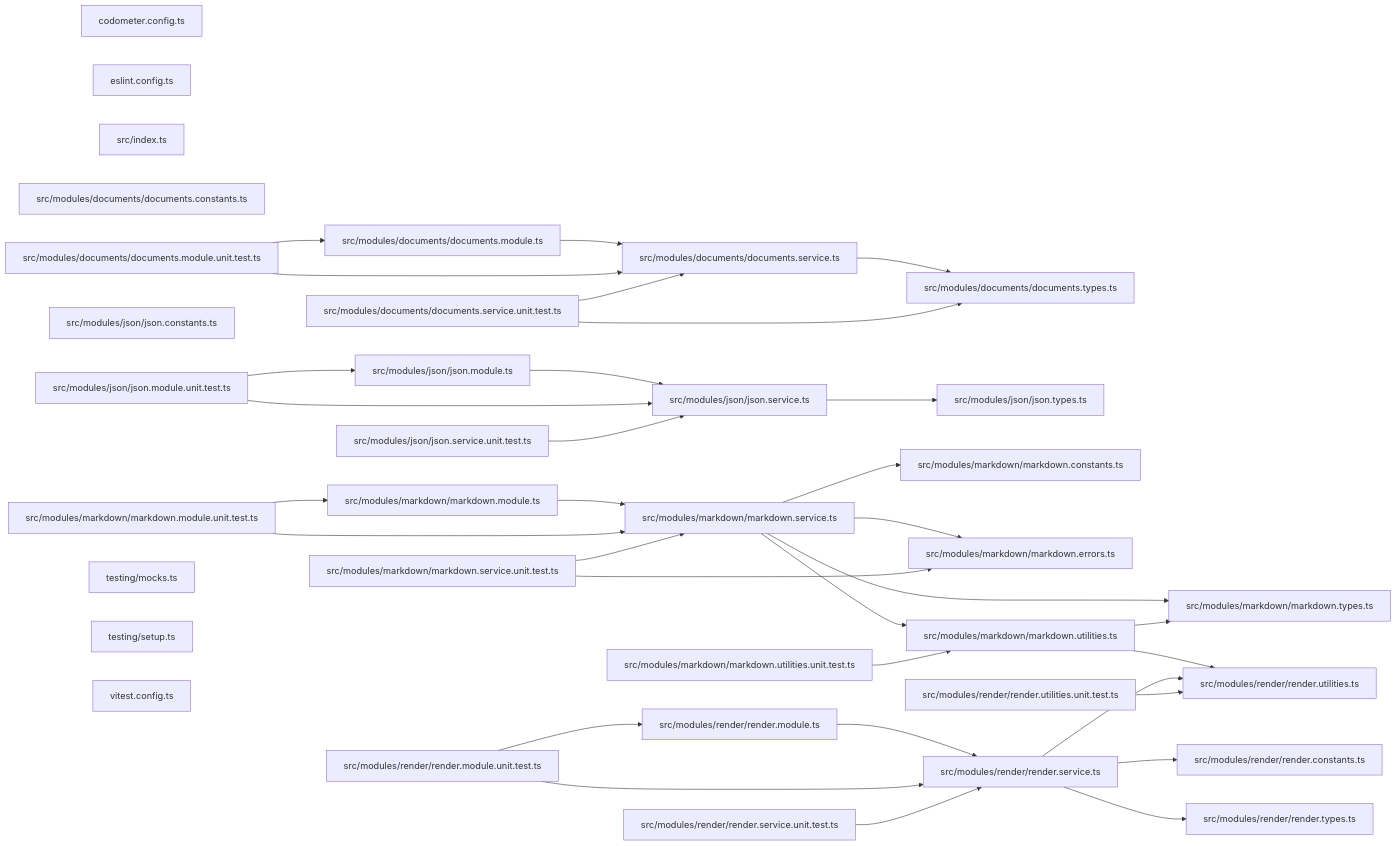
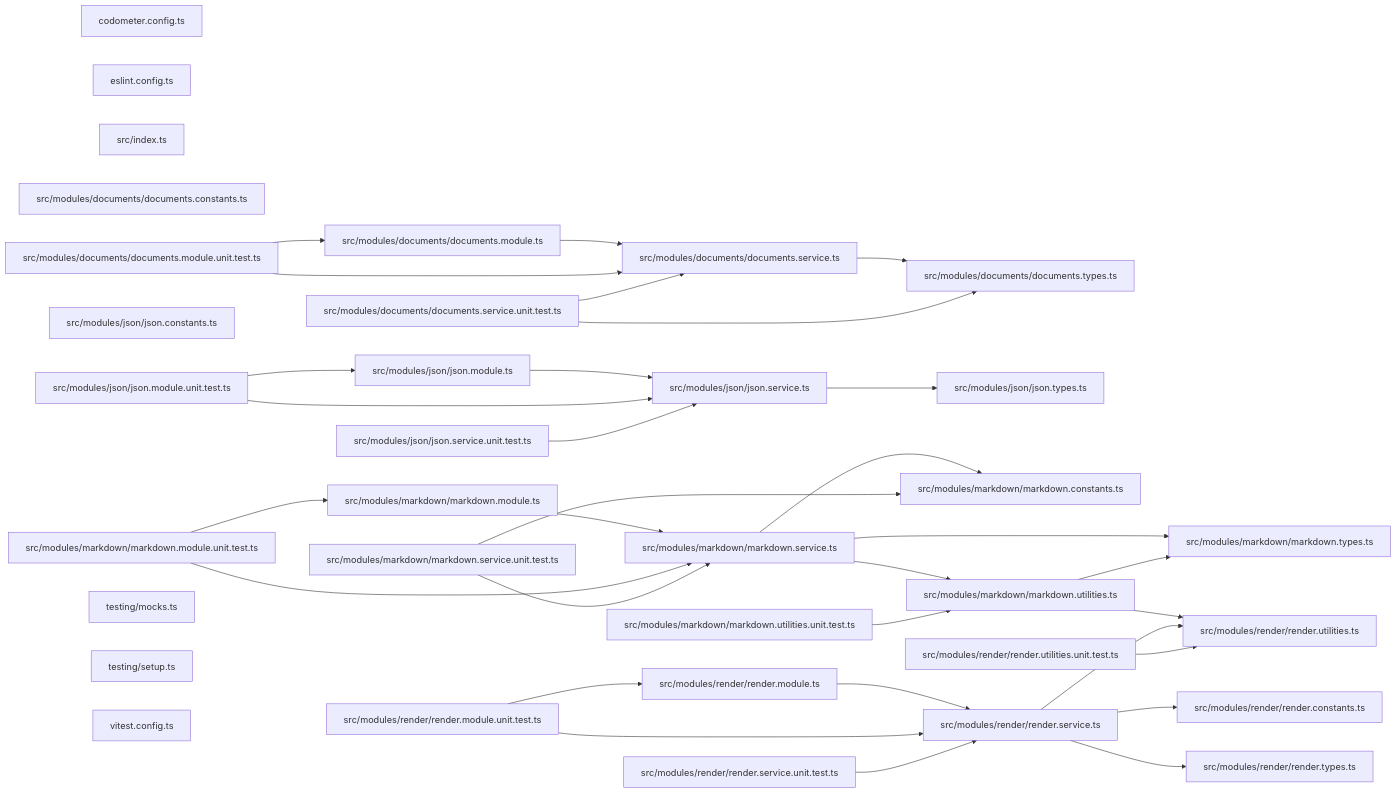
The third of 3 diagrams in packages/codometer-output/README.md (JimmyPaolini/codebase), drawn with Mermaid before and after one commit. The commit also changed other lines of this file and 49 other files, not shown here.

````diff
--- a/packages/codometer-output/README.md
+++ b/packages/codometer-output/README.md
@@ -185,69 +185,67 @@
 ```mermaid
 graph LR
   file_codometer_config_ts["codometer.config.ts"]
   file_eslint_config_ts["eslint.config.ts"]
   file_src_index_ts["src/index.ts"]
   file_src_modules_documents_documents_constants_ts["src/modules/documents/documents.constants.ts"]
   file_src_modules_documents_documents_module_ts["src/modules/documents/documents.module.ts"]
   file_src_modules_documents_documents_module_unit_test_ts["src/modules/documents/documents.module.unit.test.ts"]
   file_src_modules_documents_documents_service_ts["src/modules/documents/documents.service.ts"]
   file_src_modules_documents_documents_service_unit_test_ts["src/modules/documents/documents.service.unit.test.ts"]
   file_src_modules_documents_documents_types_ts["src/modules/documents/documents.types.ts"]
   file_src_modules_json_json_constants_ts["src/modules/json/json.constants.ts"]
   file_src_modules_json_json_module_ts["src/modules/json/json.module.ts"]
   file_src_modules_json_json_module_unit_test_ts["src/modules/json/json.module.unit.test.ts"]
   file_src_modules_json_json_service_ts["src/modules/json/json.service.ts"]
   file_src_modules_json_json_service_unit_test_ts["src/modules/json/json.service.unit.test.ts"]
   file_src_modules_json_json_types_ts["src/modules/json/json.types.ts"]
   file_src_modules_markdown_markdown_constants_ts["src/modules/markdown/markdown.constants.ts"]
-  file_src_modules_markdown_markdown_errors_ts["src/modules/markdown/markdown.errors.ts"]
   file_src_modules_markdown_markdown_module_ts["src/modules/markdown/markdown.module.ts"]
   file_src_modules_markdown_markdown_module_unit_test_ts["src/modules/markdown/markdown.module.unit.test.ts"]
   file_src_modules_markdown_markdown_service_ts["src/modules/markdown/markdown.service.ts"]
   file_src_modules_markdown_markdown_service_unit_test_ts["src/modules/markdown/markdown.service.unit.test.ts"]
   file_src_modules_markdown_markdown_types_ts["src/modules/markdown/markdown.types.ts"]
   file_src_modules_markdown_markdown_utilities_ts["src/modules/markdown/markdown.utilities.ts"]
   file_src_modules_markdown_markdown_utilities_unit_test_ts["src/modules/markdown/markdown.utilities.unit.test.ts"]
   file_src_modules_render_render_constants_ts["src/modules/render/render.constants.ts"]
   file_src_modules_render_render_module_ts["src/modules/render/render.module.ts"]
   file_src_modules_render_render_module_unit_test_ts["src/modules/render/render.module.unit.test.ts"]
   file_src_modules_render_render_service_ts["src/modules/render/render.service.ts"]
   file_src_modules_render_render_service_unit_test_ts["src/modules/render/render.service.unit.test.ts"]
   file_src_modules_render_render_types_ts["src/modules/render/render.types.ts"]
   file_src_modules_render_render_utilities_ts["src/modules/render/render.utilities.ts"]
   file_src_modules_render_render_utilities_unit_test_ts["src/modules/render/render.utilities.unit.test.ts"]
   file_testing_mocks_ts["testing/mocks.ts"]
   file_testing_setup_ts["testing/setup.ts"]
   file_vitest_config_ts["vitest.config.ts"]
   file_src_modules_documents_documents_module_ts --> file_src_modules_documents_documents_service_ts
   file_src_modules_documents_documents_module_unit_test_ts --> file_src_modules_documents_documents_module_ts
   file_src_modules_documents_documents_module_unit_test_ts --> file_src_modules_documents_documents_service_ts
   file_src_modules_documents_documents_service_ts --> file_src_modules_documents_documents_types_ts
   file_src_modules_documents_documents_service_unit_test_ts --> file_src_modules_documents_documents_service_ts
   file_src_modules_documents_documents_service_unit_test_ts --> file_src_modules_documents_documents_types_ts
   file_src_modules_json_json_module_ts --> file_src_modules_json_json_service_ts
   file_src_modules_json_json_module_unit_test_ts --> file_src_modules_json_json_module_ts
   file_src_modules_json_json_module_unit_test_ts --> file_src_modules_json_json_service_ts
   file_src_modules_json_json_service_ts --> file_src_modules_json_json_types_ts
   file_src_modules_json_json_service_unit_test_ts --> file_src_modules_json_json_service_ts
   file_src_modules_markdown_markdown_module_ts --> file_src_modules_markdown_markdown_service_ts
   file_src_modules_markdown_markdown_module_unit_test_ts --> file_src_modules_markdown_markdown_module_ts
   file_src_modules_markdown_markdown_module_unit_test_ts --> file_src_modules_markdown_markdown_service_ts
   file_src_modules_markdown_markdown_service_ts --> file_src_modules_markdown_markdown_constants_ts
-  file_src_modules_markdown_markdown_service_ts --> file_src_modules_markdown_markdown_errors_ts
   file_src_modules_markdown_markdown_service_ts --> file_src_modules_markdown_markdown_types_ts
   file_src_modules_markdown_markdown_service_ts --> file_src_modules_markdown_markdown_utilities_ts
-  file_src_modules_markdown_markdown_service_unit_test_ts --> file_src_modules_markdown_markdown_errors_ts
+  file_src_modules_markdown_markdown_service_unit_test_ts --> file_src_modules_markdown_markdown_constants_ts
   file_src_modules_markdown_markdown_service_unit_test_ts --> file_src_modules_markdown_markdown_service_ts
   file_src_modules_markdown_markdown_utilities_ts --> file_src_modules_markdown_markdown_types_ts
   file_src_modules_markdown_markdown_utilities_ts --> file_src_modules_render_render_utilities_ts
   file_src_modules_markdown_markdown_utilities_unit_test_ts --> file_src_modules_markdown_markdown_utilities_ts
   file_src_modules_render_render_module_ts --> file_src_modules_render_render_service_ts
   file_src_modules_render_render_module_unit_test_ts --> file_src_modules_render_render_module_ts
   file_src_modules_render_render_module_unit_test_ts --> file_src_modules_render_render_service_ts
   file_src_modules_render_render_service_ts --> file_src_modules_render_render_constants_ts
   file_src_modules_render_render_service_ts --> file_src_modules_render_render_types_ts
   file_src_modules_render_render_service_ts --> file_src_modules_render_render_utilities_ts
   file_src_modules_render_render_service_unit_test_ts --> file_src_modules_render_render_service_ts
   file_src_modules_render_render_utilities_unit_test_ts --> file_src_modules_render_render_utilities_ts
 ```
````
